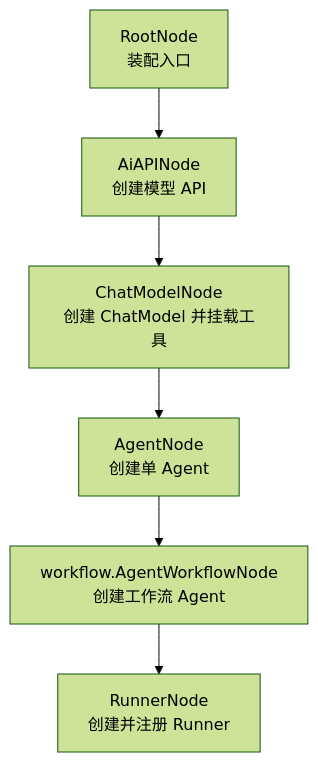
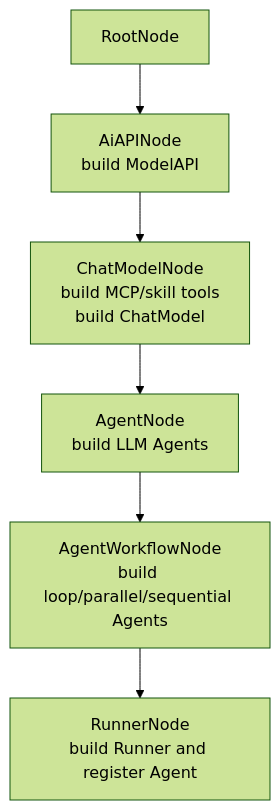
The third of 4 diagrams in README.md (bdbd2yy/drawio-agent-go), drawn with Mermaid (forest theme) before and after one commit. The commit also changed other lines of this file and 1 other file, not shown here.

````diff
--- a/README.md
+++ b/README.md
@@ -127,8 +167,8 @@
 ```mermaid
 flowchart TD
-    Root["RootNode<br/>装配入口"] --> AiApi["AiAPINode<br/>创建模型 API"]
-    AiApi --> ChatModel["ChatModelNode<br/>创建 ChatModel 并挂载工具"]
-    ChatModel --> Agent["AgentNode<br/>创建单 Agent"]
-    Agent --> Workflow["workflow.AgentWorkflowNode<br/>创建工作流 Agent"]
-    Workflow --> Runner["RunnerNode<br/>创建并注册 Runner"]
+    Root["RootNode"] --> Api["AiAPINode<br/>build ModelAPI"]
+    Api --> ChatModel["ChatModelNode<br/>build MCP/skill tools<br/>build ChatModel"]
+    ChatModel --> Agent["AgentNode<br/>build LLM Agents"]
+    Agent --> Workflow["AgentWorkflowNode<br/>build loop/parallel/sequential Agents"]
+    Workflow --> Runner["RunnerNode<br/>build Runner and register Agent"]
 ```
````
